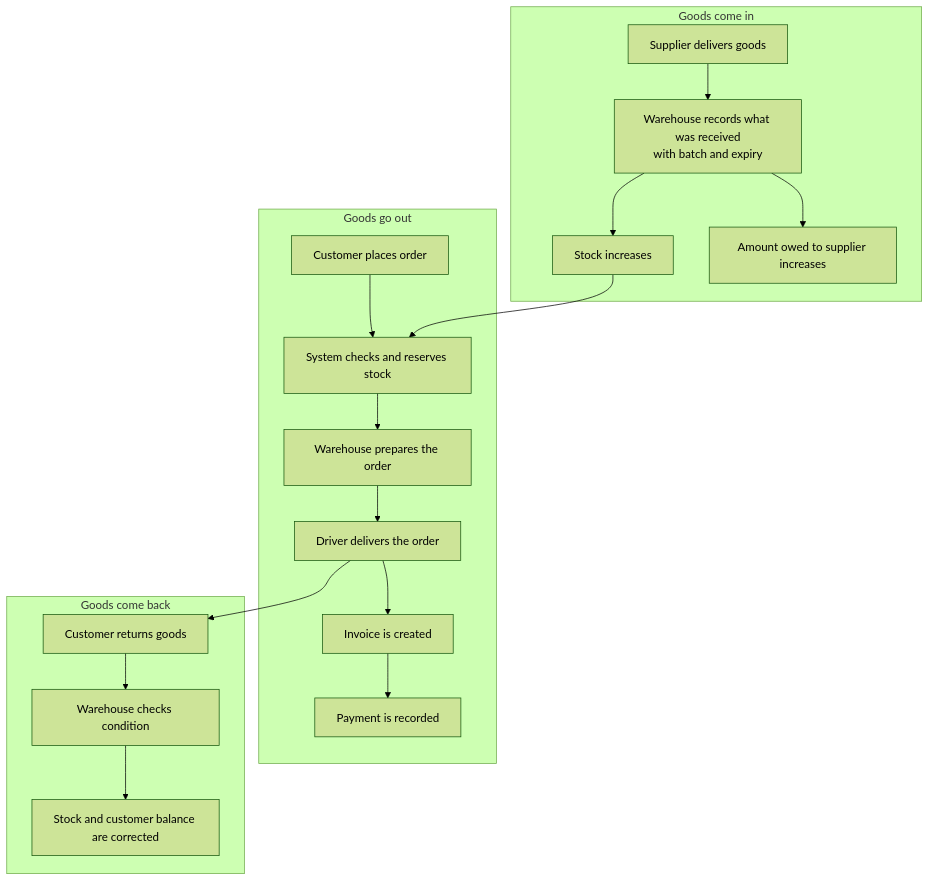
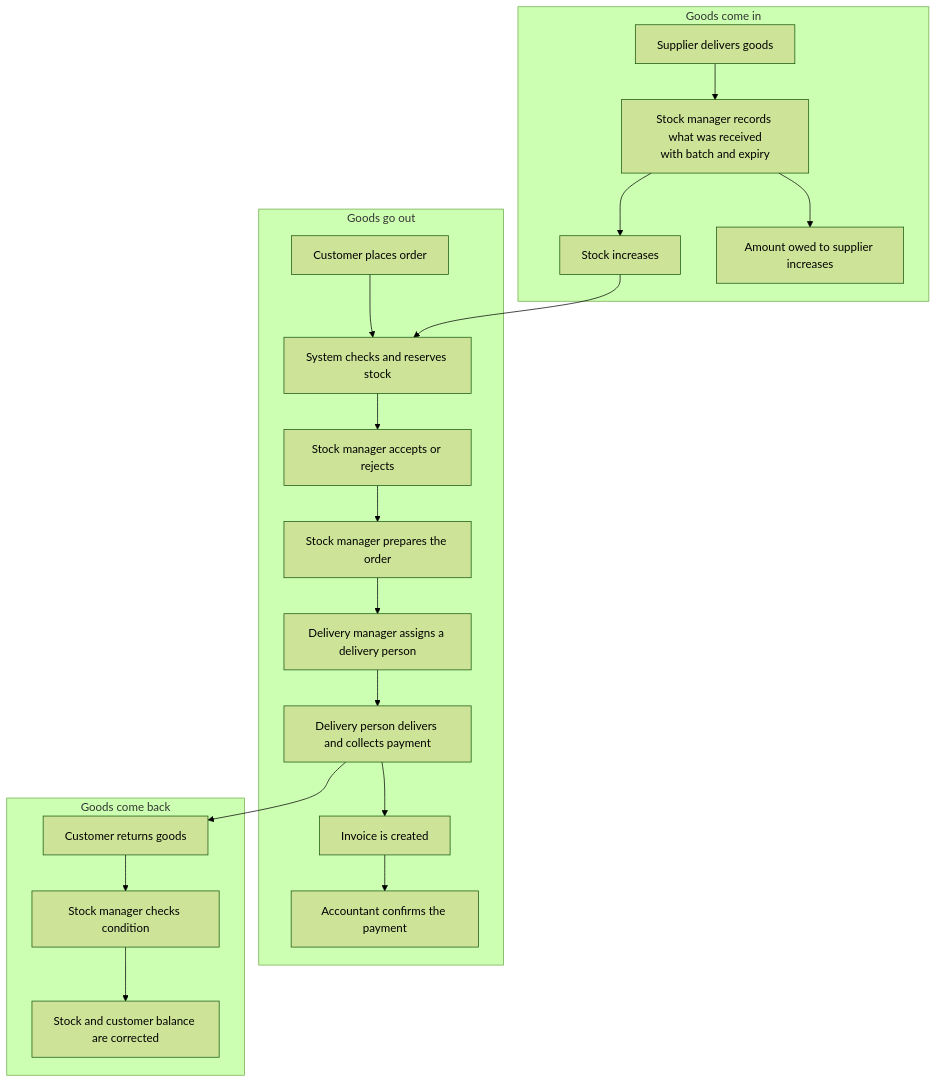
Before and after one commit to AhmedElnagarUU/Cosmo: the second of 2 diagrams in docs/00-overview.md, drawn with Mermaid (forest theme). The commit also changed other lines of this file and 33 other files, not shown here.

First line of the commit message:
Update plan: manual order acceptance, new roles, payment confirmation

````diff
--- a/docs/00-overview.md
+++ b/docs/00-overview.md
@@ -45,24 +47,26 @@
 ```mermaid
 flowchart TD
     subgraph IN[Goods come in]
-        A1[Supplier delivers goods] --> A2[Warehouse records what was received<br/>with batch and expiry]
+        A1[Supplier delivers goods] --> A2[Stock manager records what was received<br/>with batch and expiry]
         A2 --> A3[Stock increases]
         A2 --> A4[Amount owed to supplier increases]
     end
 
     subgraph SELL[Goods go out]
         B1[Customer places order] --> B2[System checks and reserves stock]
-        B2 --> B3[Warehouse prepares the order]
-        B3 --> B4[Driver delivers the order]
+        B2 --> B7[Stock manager accepts or rejects]
+        B7 --> B3[Stock manager prepares the order]
+        B3 --> B8[Delivery manager assigns a delivery person]
+        B8 --> B4[Delivery person delivers and collects payment]
         B4 --> B5[Invoice is created]
-        B5 --> B6[Payment is recorded]
+        B5 --> B6[Accountant confirms the payment]
     end
 
     subgraph BACK[Goods come back]
-        C1[Customer returns goods] --> C2[Warehouse checks condition]
+        C1[Customer returns goods] --> C2[Stock manager checks condition]
         C2 --> C3[Stock and customer balance are corrected]
     end
 
     A3 --> B2
     B4 --> C1
 ```
````
